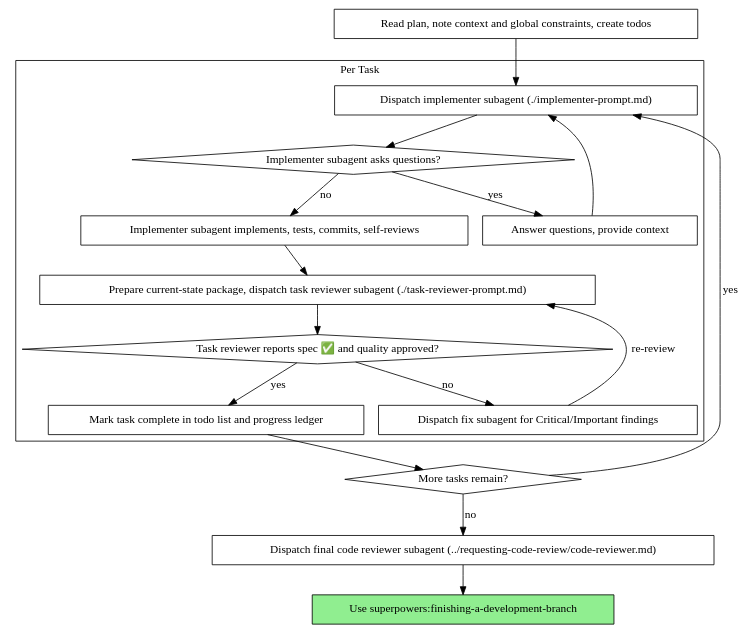
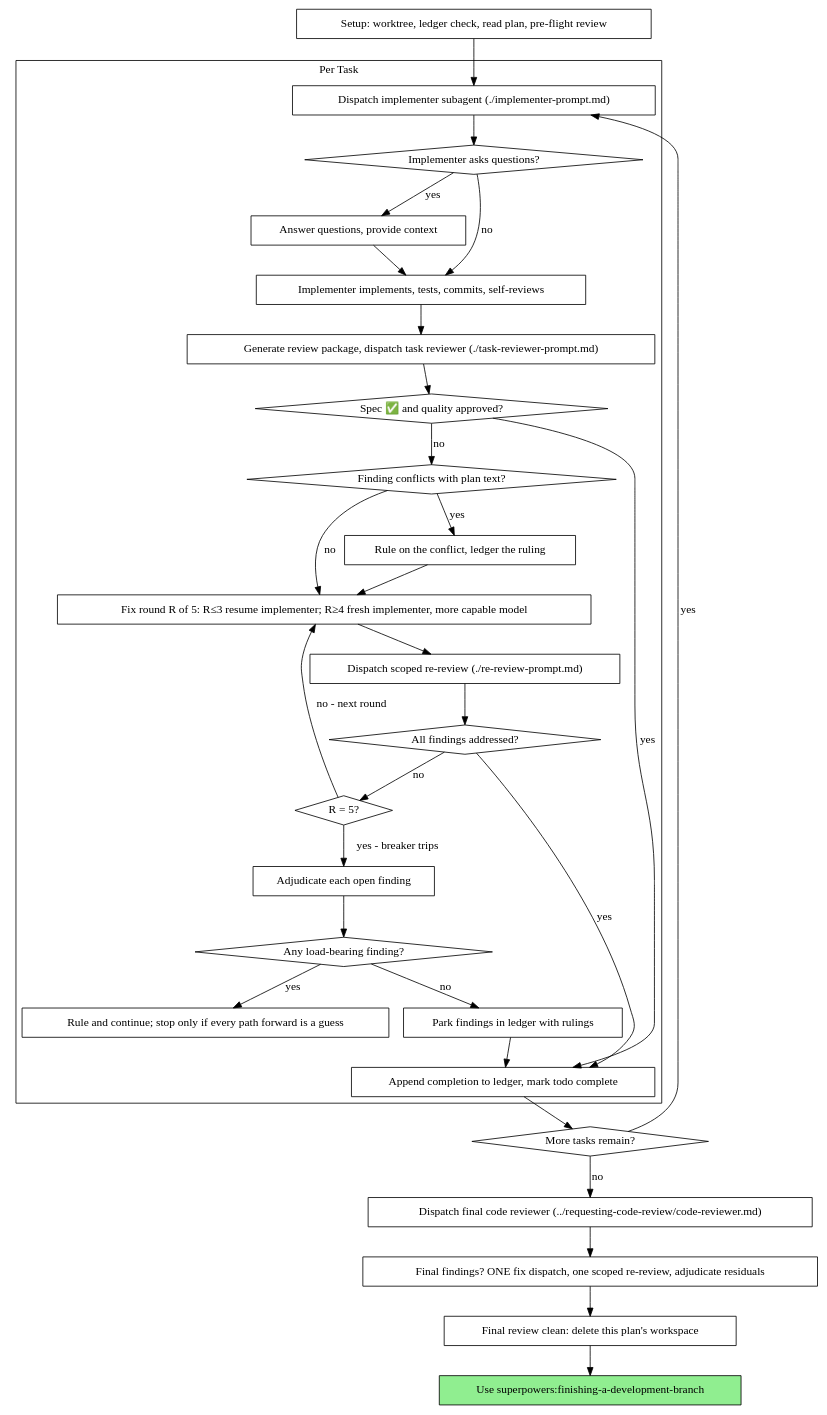
One commit to Ralph-Workflow/Ralph-Workflow changed the second of 2 diagrams in ralph-workflow/ralph/skills/content/subagent-driven-development.md. Above: the diagram before and after it, drawn with Graphviz. The commit also changed other lines of this file and 16 other files, not shown here.

````diff
--- a/ralph-workflow/ralph/skills/content/subagent-driven-development.md
+++ b/ralph-workflow/ralph/skills/content/subagent-driven-development.md
@@ -47,37 +61,62 @@
 ```dot
 digraph process {
     rankdir=TB;
 
     subgraph cluster_per_task {
         label="Per Task";
         "Dispatch implementer subagent (./implementer-prompt.md)" [shape=box];
-        "Implementer subagent asks questions?" [shape=diamond];
+        "Implementer asks questions?" [shape=diamond];
         "Answer questions, provide context" [shape=box];
-        "Implementer subagent implements, tests, commits, self-reviews" [shape=box];
-        "Prepare current-state package, dispatch task reviewer subagent (./task-reviewer-prompt.md)" [shape=box];
-        "Task reviewer reports spec ✅ and quality approved?" [shape=diamond];
-        "Dispatch fix subagent for Critical/Important findings" [shape=box];
-        "Mark task complete in todo list and progress ledger" [shape=box];
+        "Implementer implements, tests, commits, self-reviews" [shape=box];
+        "Generate review package, dispatch task reviewer (./task-reviewer-prompt.md)" [shape=box];
+        "Spec ✅ and quality approved?" [shape=diamond];
+        "Finding conflicts with plan text?" [shape=diamond];
+        "Rule on the conflict, ledger the ruling" [shape=box];
+        "Fix round R of 5: R≤3 resume implementer; R≥4 fresh implementer, more capable model" [shape=box];
+        "Dispatch scoped re-review (./re-review-prompt.md)" [shape=box];
+        "All findings addressed?" [shape=diamond];
+        "R = 5?" [shape=diamond];
+        "Adjudicate each open finding" [shape=box];
+        "Any load-bearing finding?" [shape=diamond];
+        "Rule and continue; stop only if every path forward is a guess" [shape=box];
+        "Park findings in ledger with rulings" [shape=box];
+        "Append completion to ledger, mark todo complete" [shape=box];
     }
 
-    "Read plan, note context and global constraints, create todos" [shape=box];
+    "Setup: worktree, ledger check, read plan, pre-flight review" [shape=box];
     "More tasks remain?" [shape=diamond];
-    "Dispatch final code reviewer subagent (../requesting-code-review/code-reviewer.md)" [shape=box];
+    "Dispatch final code reviewer (../requesting-code-review/code-reviewer.md)" [shape=box];
+    "Final findings? ONE fix dispatch, one scoped re-review, adjudicate residuals" [shape=box];
+    "Final review clean: delete this plan's workspace" [shape=box];
     "Use superpowers:finishing-a-development-branch" [shape=box style=filled fillcolor=lightgreen];
 
-    "Read plan, note context and global constraints, create todos" -> "Dispatch implementer subagent (./implementer-prompt.md)";
-    "Dispatch implementer subagent (./implementer-prompt.md)" -> "Implementer subagent asks questions?";
-    "Implementer subagent asks questions?" -> "Answer questions, provide context" [label="yes"];
-    "Answer questions, provide context" -> "Dispatch implementer subagent (./implementer-prompt.md)";
-    "Implementer subagent asks questions?" -> "Implementer subagent implements, tests, commits, self-reviews" [label="no"];
-    "Implementer subagent implements, tests, commits, self-reviews" -> "Prepare current-state package, dispatch task reviewer subagent (./task-reviewer-prompt.md)";
-    "Prepare current-state package, dispatch task reviewer subagent (./task-reviewer-prompt.md)" -> "Task reviewer reports spec ✅ and quality approved?";
-    "Task reviewer reports spec ✅ and quality approved?" -> "Dispatch fix subagent for Critical/Important findings" [label="no"];
-    "Dispatch fix subagent for Critical/Important findings" -> "Prepare current-state package, dispatch task reviewer subagent (./task-reviewer-prompt.md)" [label="re-review"];
-    "Task reviewer reports spec ✅ and quality approved?" -> "Mark task complete in todo list and progress ledger" [label="yes"];
-    "Mark task complete in todo list and progress ledger" -> "More tasks remain?";
+    "Setup: worktree, ledger check, read plan, pre-flight review" -> "Dispatch implementer subagent (./implementer-prompt.md)";
+    "Dispatch implementer subagent (./implementer-prompt.md)" -> "Implementer asks questions?";
+    "Implementer asks questions?" -> "Answer questions, provide context" [label="yes"];
+    "Answer questions, provide context" -> "Implementer implements, tests, commits, self-reviews";
+    "Implementer asks questions?" -> "Implementer implements, tests, commits, self-reviews" [label="no"];
+    "Implementer implements, tests, commits, self-reviews" -> "Generate review package, dispatch task reviewer (./task-reviewer-prompt.md)";
+    "Generate review package, dispatch task reviewer (./task-reviewer-prompt.md)" -> "Spec ✅ and quality approved?";
+    "Spec ✅ and quality approved?" -> "Append completion to ledger, mark todo complete" [label="yes"];
+    "Spec ✅ and quality approved?" -> "Finding conflicts with plan text?" [label="no"];
+    "Finding conflicts with plan text?" -> "Rule on the conflict, ledger the ruling" [label="yes"];
+    "Rule on the conflict, ledger the ruling" -> "Fix round R of 5: R≤3 resume implementer; R≥4 fresh implementer, more capable model";
+    "Finding conflicts with plan text?" -> "Fix round R of 5: R≤3 resume implementer; R≥4 fresh implementer, more capable model" [label="no"];
+    "Fix round R of 5: R≤3 resume implementer; R≥4 fresh implementer, more capable model" -> "Dispatch scoped re-review (./re-review-prompt.md)";
+    "Dispatch scoped re-review (./re-review-prompt.md)" -> "All findings addressed?";
+    "All findings addressed?" -> "Append completion to ledger, mark todo complete" [label="yes"];
+    "All findings addressed?" -> "R = 5?" [label="no"];
+    "R = 5?" -> "Fix round R of 5: R≤3 resume implementer; R≥4 fresh implementer, more capable model" [label="no - next round"];
+    "R = 5?" -> "Adjudicate each open finding" [label="yes - breaker trips"];
+    "Adjudicate each open finding" -> "Any load-bearing finding?";
+    "Any load-bearing finding?" -> "Rule and continue; stop only if every path forward is a guess" [label="yes"];
+    "Any load-bearing finding?" -> "Park findings in ledger with rulings" [label="no"];
+    "Park findings in ledger with rulings" -> "Append completion to ledger, mark todo complete";
+    "Append completion to ledger, mark todo complete" -> "More tasks remain?";
     "More tasks remain?" -> "Dispatch implementer subagent (./implementer-prompt.md)" [label="yes"];
-    "More tasks remain?" -> "Dispatch final code reviewer subagent (../requesting-code-review/code-reviewer.md)" [label="no"];
-    "Dispatch final code reviewer subagent (../requesting-code-review/code-reviewer.md)" -> "Use superpowers:finishing-a-development-branch";
+    "More tasks remain?" -> "Dispatch final code reviewer (../requesting-code-review/code-reviewer.md)" [label="no"];
+    "Dispatch final code reviewer (../requesting-code-review/code-reviewer.md)" -> "Final findings? ONE fix dispatch, one scoped re-review, adjudicate residuals";
+    "Final findings? ONE fix dispatch, one scoped re-review, adjudicate residuals" -> "Final review clean: delete this plan's workspace";
+    "Final review clean: delete this plan's workspace" -> "Use superpowers:finishing-a-development-branch";
 }
 ```
````
